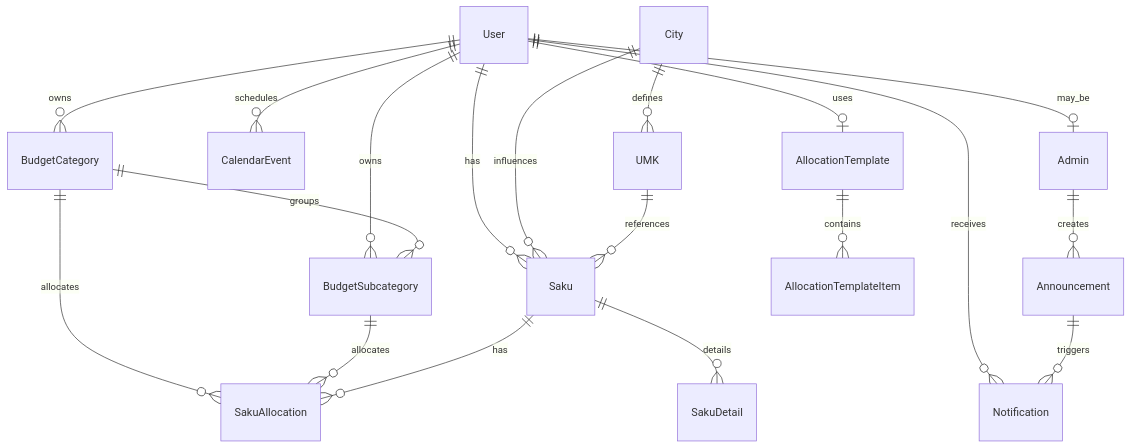
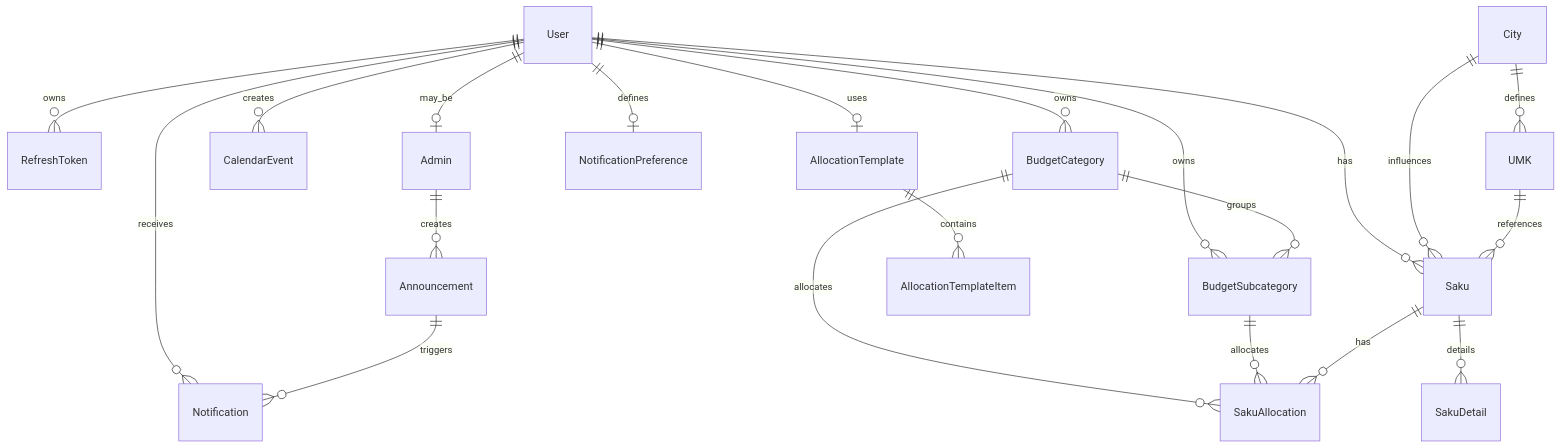
The diagram in docs/db-schema.md (COFFEE-CODE-COMMUNITY/finansaku-be), drawn with Mermaid before and after one commit. The commit also changed other lines of this file and 3 other files, not shown here.

`````diff
--- a/docs/db-schema.md
+++ b/docs/db-schema.md
@@ -53,21 +45,23 @@
 ```mermaid
 erDiagram
   User ||--o{ Saku : has
+  User ||--o{ RefreshToken : owns
+  User ||--o{ Notification : receives
   User ||--o{ BudgetCategory : owns
   User ||--o{ BudgetSubcategory : owns
-  User ||--o{ CalendarEvent : schedules
-  User ||--o{ Notification : receives
+  User ||--o{ CalendarEvent : creates
   User ||--o| Admin : may_be
+  User ||--o| NotificationPreference : defines
   Admin ||--o{ Announcement : creates
   City ||--o{ UMK : defines
   City ||--o{ Saku : influences
   UMK ||--o{ Saku : references
   BudgetCategory ||--o{ BudgetSubcategory : groups
   BudgetCategory ||--o{ SakuAllocation : allocates
   BudgetSubcategory ||--o{ SakuAllocation : allocates
   Saku ||--o{ SakuAllocation : has
   Saku ||--o{ SakuDetail : details
   AllocationTemplate ||--o{ AllocationTemplateItem : contains
   User ||--o| AllocationTemplate : uses
   Announcement ||--o{ Notification : triggers
-```
+````
`````
